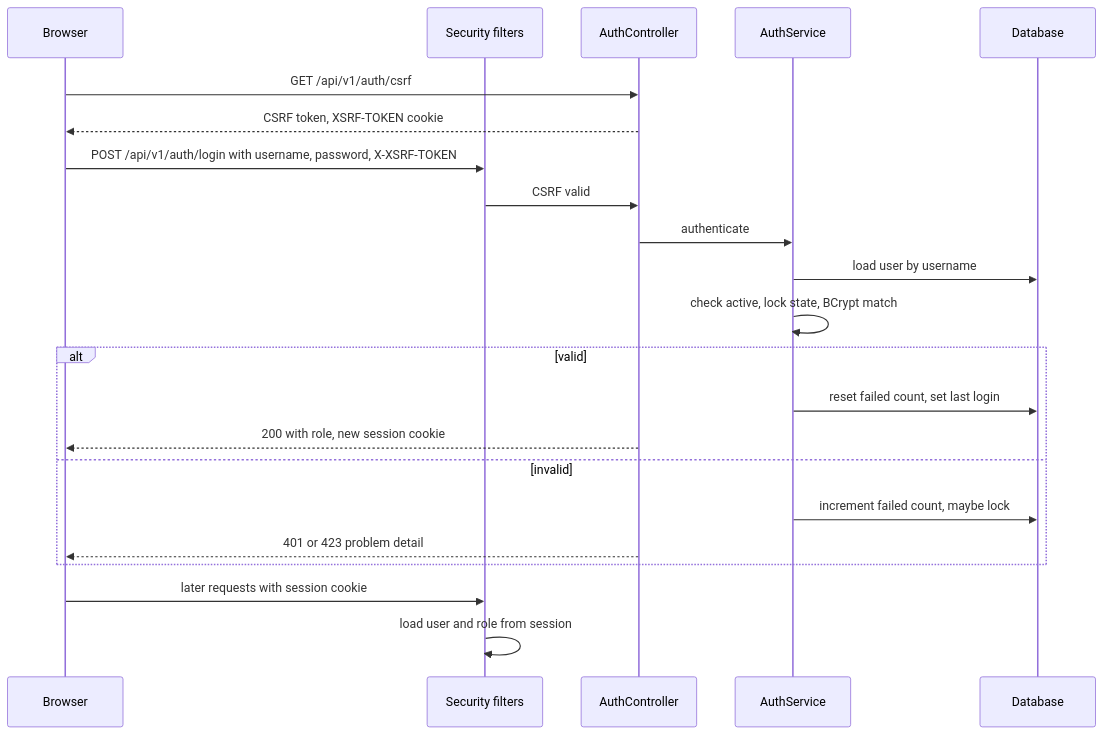
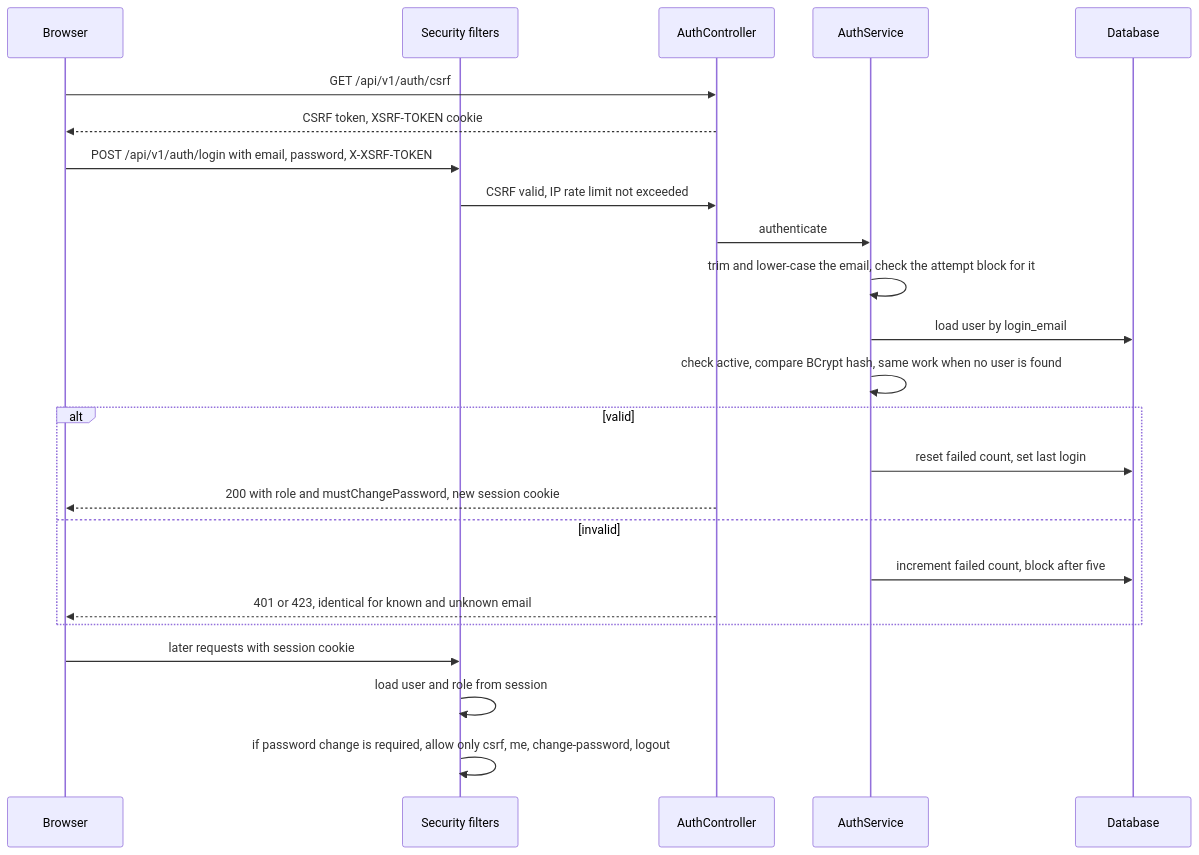
One commit to Laxmansirvi05/student-management-system changed the fourth of 8 diagrams in docs/05-architecture.md. Above: the diagram before and after it, drawn with Mermaid. The commit also changed other lines of this file and 32 other files, not shown here.

````diff
--- a/docs/05-architecture.md
+++ b/docs/05-architecture.md
@@ -125,25 +127,27 @@
 ```mermaid
 sequenceDiagram
     participant B as Browser
     participant F as Security filters
     participant A as AuthController
     participant S as AuthService
     participant D as Database
 
     B->>A: GET /api/v1/auth/csrf
     A-->>B: CSRF token, XSRF-TOKEN cookie
-    B->>F: POST /api/v1/auth/login with username, password, X-XSRF-TOKEN
-    F->>A: CSRF valid
+    B->>F: POST /api/v1/auth/login with email, password, X-XSRF-TOKEN
+    F->>A: CSRF valid, IP rate limit not exceeded
     A->>S: authenticate
-    S->>D: load user by username
-    S->>S: check active, lock state, BCrypt match
+    S->>S: trim and lower-case the email, check the attempt block for it
+    S->>D: load user by login_email
+    S->>S: check active, compare BCrypt hash, same work when no user is found
     alt valid
         S->>D: reset failed count, set last login
-        A-->>B: 200 with role, new session cookie
+        A-->>B: 200 with role and mustChangePassword, new session cookie
     else invalid
-        S->>D: increment failed count, maybe lock
-        A-->>B: 401 or 423 problem detail
+        S->>D: increment failed count, block after five
+        A-->>B: 401 or 423, identical for known and unknown email
     end
     B->>F: later requests with session cookie
     F->>F: load user and role from session
+    F->>F: if password change is required, allow only csrf, me, change-password, logout
 ```
````
